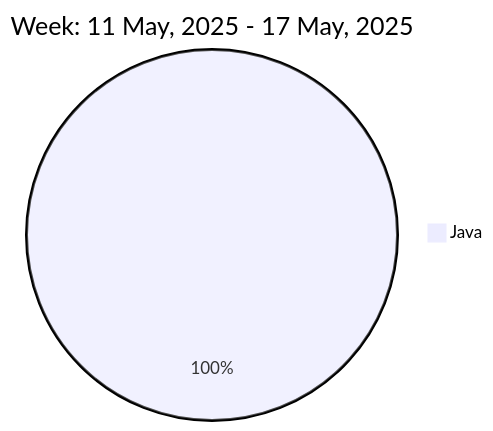
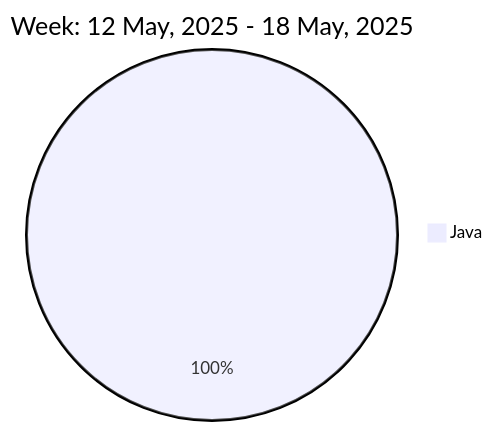
The diagram in README.md (liubin95/liubin95), drawn with Mermaid before and after one commit.

Commit message:
Updated the Graph with new Metrics

````diff
--- a/README.md
+++ b/README.md
@@ -37,5 +37,5 @@
 ```mermaid
  pie
-title Week: 11 May, 2025 - 17 May, 2025
+title Week: 12 May, 2025 - 18 May, 2025
  "Java" : 2.25
 ```
````
